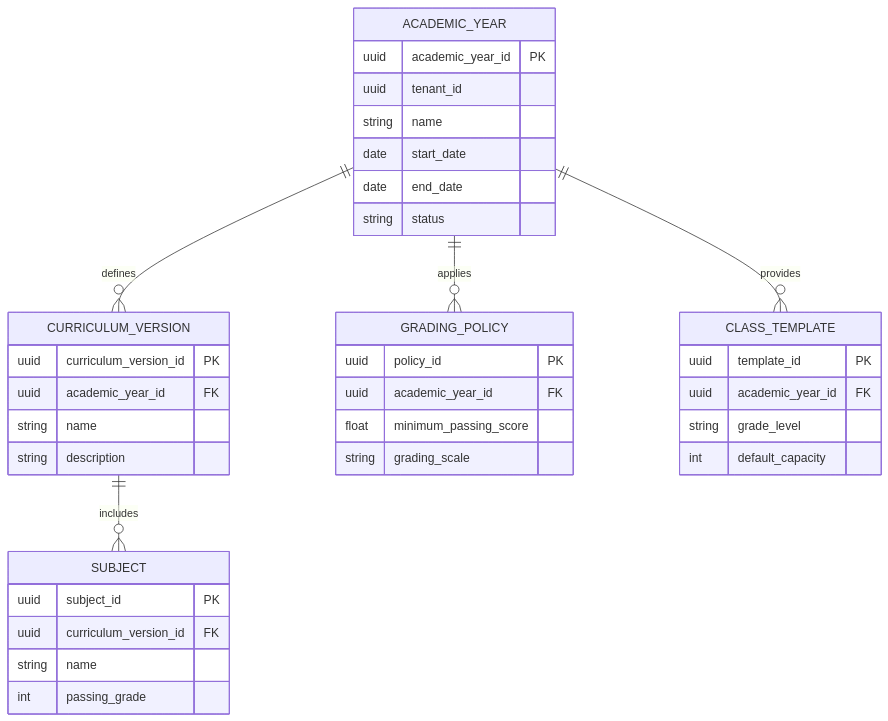
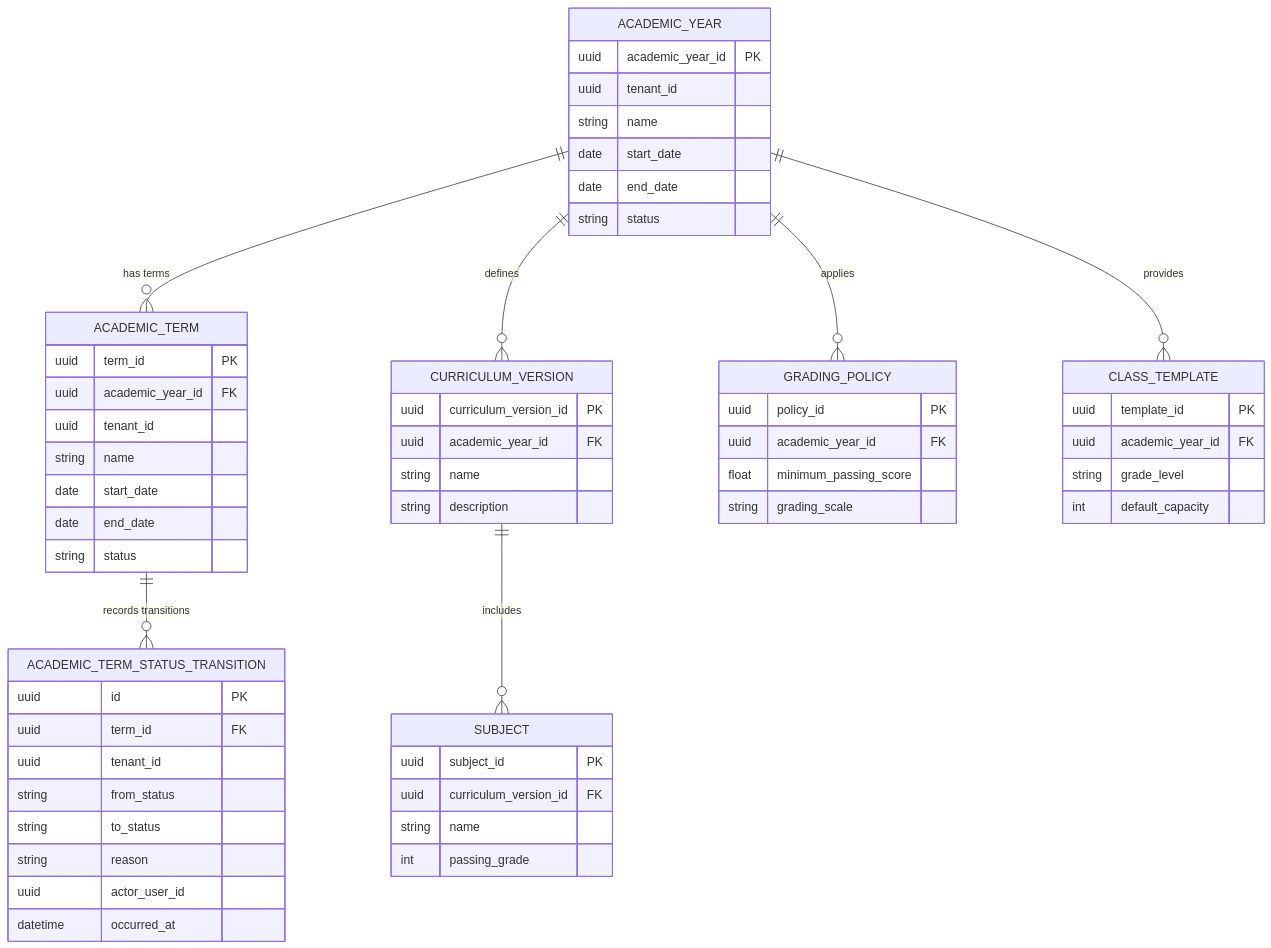
Before and after one commit to protocyber/akademiq: the diagram in docs/internal/10_data_design/03_Academic_Config_Service_ERD.md, drawn with Mermaid. The commit also changed other lines of this file and 12 other files, not shown here.

Commit message:
feat: add academic term - docs, contracts, openspec tasks, submodule updates

````diff
--- a/docs/internal/10_data_design/03_Academic_Config_Service_ERD.md
+++ b/docs/internal/10_data_design/03_Academic_Config_Service_ERD.md
@@ -3,44 +3,67 @@
 ```mermaid
 erDiagram
 ACADEMIC_YEAR {
   uuid academic_year_id PK
   uuid tenant_id
   string name
   date start_date
   date end_date
   string status
+}
+
+ACADEMIC_TERM {
+  uuid term_id PK
+  uuid academic_year_id FK
+  uuid tenant_id
+  string name
+  date start_date
+  date end_date
+  string status
+}
+
+ACADEMIC_TERM_STATUS_TRANSITION {
+  uuid id PK
+  uuid term_id FK
+  uuid tenant_id
+  string from_status
+  string to_status
+  string reason
+  uuid actor_user_id
+  datetime occurred_at
 }
 
 CURRICULUM_VERSION {
   uuid curriculum_version_id PK
   uuid academic_year_id FK
   string name
   string description
 }
 
 SUBJECT {
   uuid subject_id PK
   uuid curriculum_version_id FK
   string name
   int passing_grade
 }
 
 GRADING_POLICY {
   uuid policy_id PK
   uuid academic_year_id FK
   float minimum_passing_score
   string grading_scale
 }
 
 CLASS_TEMPLATE {
   uuid template_id PK
   uuid academic_year_id FK
   string grade_level
   int default_capacity
 }
 
+ACADEMIC_YEAR ||--o{ ACADEMIC_TERM : "has terms"
+ACADEMIC_TERM ||--o{ ACADEMIC_TERM_STATUS_TRANSITION : "records transitions"
 ACADEMIC_YEAR ||--o{ CURRICULUM_VERSION : defines
 CURRICULUM_VERSION ||--o{ SUBJECT : includes
 ACADEMIC_YEAR ||--o{ GRADING_POLICY : applies
 ACADEMIC_YEAR ||--o{ CLASS_TEMPLATE : provides
 ```
````
